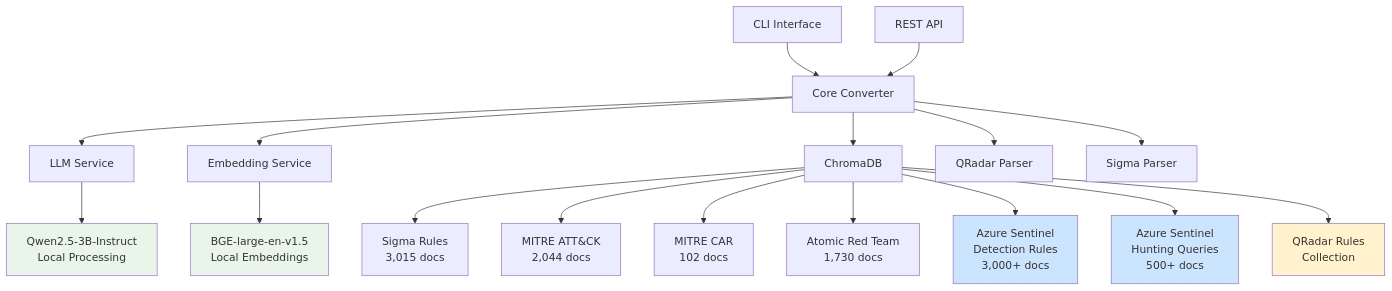
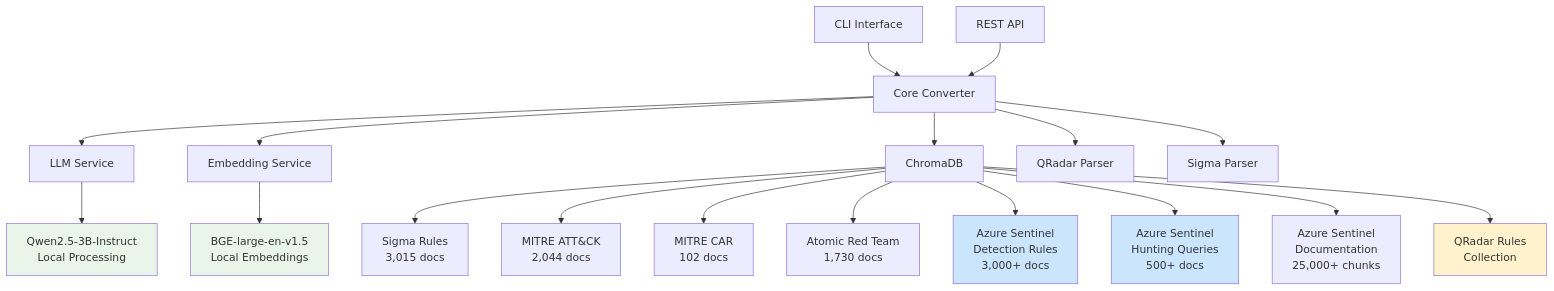
Before and after one commit to dierhq/canonical: the diagram in README.md, drawn with Mermaid. The commit also changed other lines of this file, not shown here.

Commit message:
azure readme update

````diff
--- a/README.md
+++ b/README.md
@@ -240,27 +245,28 @@
 ```mermaid
 graph TB
     A[CLI Interface] --> B[Core Converter]
     C[REST API] --> B
     B --> D[LLM Service]
     B --> E[Embedding Service]
     B --> F[ChromaDB]
     B --> N[QRadar Parser]
     B --> O[Sigma Parser]
     
     F --> G[Sigma Rules<br/>3,015 docs]
     F --> H[MITRE ATT&CK<br/>2,044 docs]
     F --> I[MITRE CAR<br/>102 docs]
     F --> J[Atomic Red Team<br/>1,730 docs]
     F --> P[Azure Sentinel<br/>Detection Rules<br/>3,000+ docs]
     F --> Q[Azure Sentinel<br/>Hunting Queries<br/>500+ docs]
+    F --> S[Azure Sentinel<br/>Documentation<br/>25,000+ chunks]
     F --> R[QRadar Rules<br/>Collection]
     
     D --> K[Qwen2.5-3B-Instruct<br/>Local Processing]
     E --> L[BGE-large-en-v1.5<br/>Local Embeddings]
     
     style K fill:#e8f5e8
     style L fill:#e8f5e8
     style P fill:#cce5ff
     style Q fill:#cce5ff
     style R fill:#fff2cc
 ```
````
